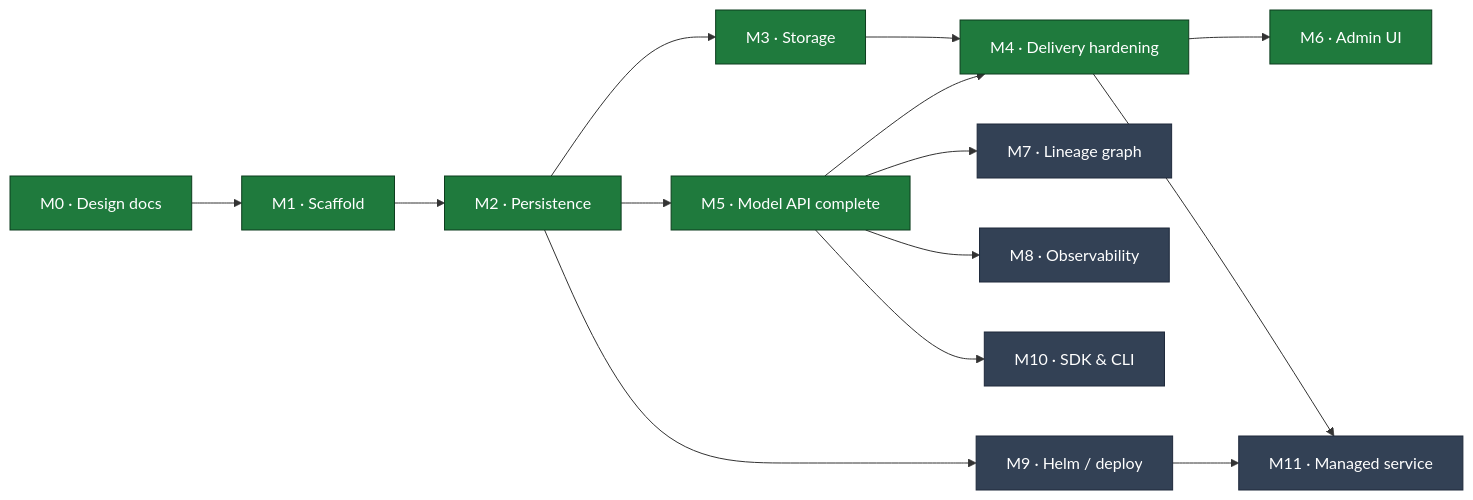
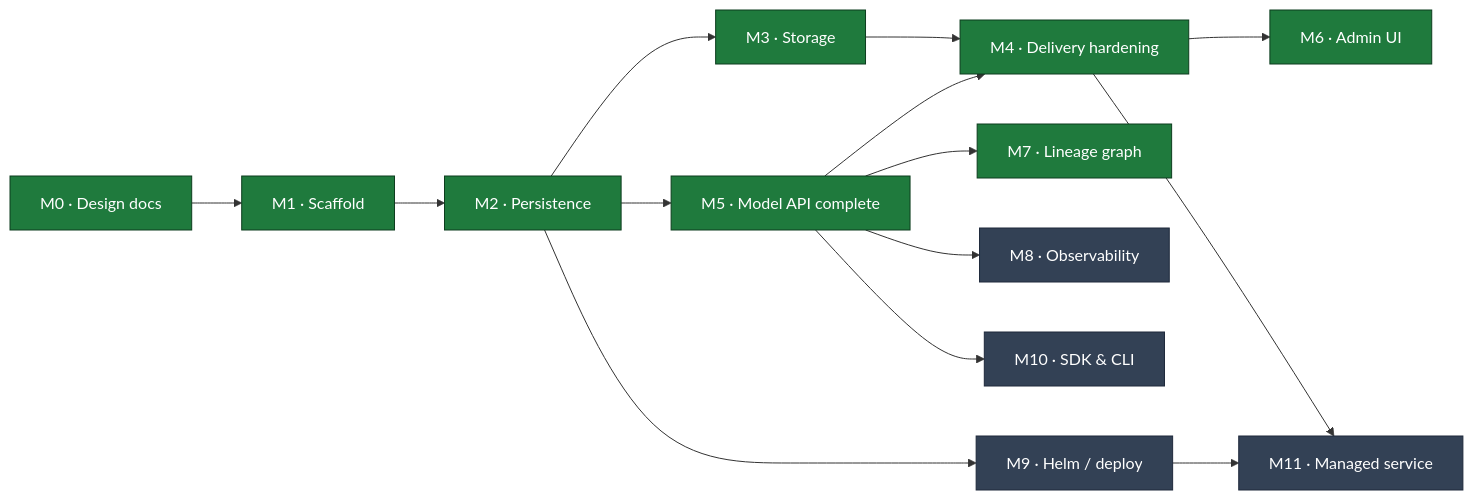
Before and after one commit to proseria-research/lineage: the diagram in MILESTONES.md, drawn with Mermaid. The commit also changed other lines of this file and 20 other files, not shown here.

First line of the commit message:
feat(M7): lineage graph — ancestry + impact traversal, API + console

````diff
--- a/MILESTONES.md
+++ b/MILESTONES.md
@@ -11,22 +11,22 @@
 ```mermaid
 flowchart LR
     M0["M0 · Design docs"] --> M1["M1 · Scaffold"]
     M1 --> M2["M2 · Persistence"]
     M2 --> M3["M3 · Storage"]
     M2 --> M5["M5 · Model API complete"]
     M3 --> M4["M4 · Delivery hardening"]
     M5 --> M4
     M5 --> M7["M7 · Lineage graph"]
     M4 --> M6["M6 · Admin UI"]
     M5 --> M8["M8 · Observability"]
     M2 --> M9["M9 · Helm / deploy"]
     M5 --> M10["M10 · SDK & CLI"]
     M9 --> M11["M11 · Managed service"]
     M4 --> M11
 
     classDef done fill:#1f7a3d,stroke:#0d3d1e,color:#fff;
     classDef active fill:#b45309,stroke:#7c3a06,color:#fff;
     classDef todo fill:#334155,stroke:#1e293b,color:#fff;
-    class M0,M1,M2,M3,M4,M5,M6 done;
-    class M7,M8,M9,M10,M11 todo;
+    class M0,M1,M2,M3,M4,M5,M6,M7 done;
+    class M8,M9,M10,M11 todo;
 ```
````
